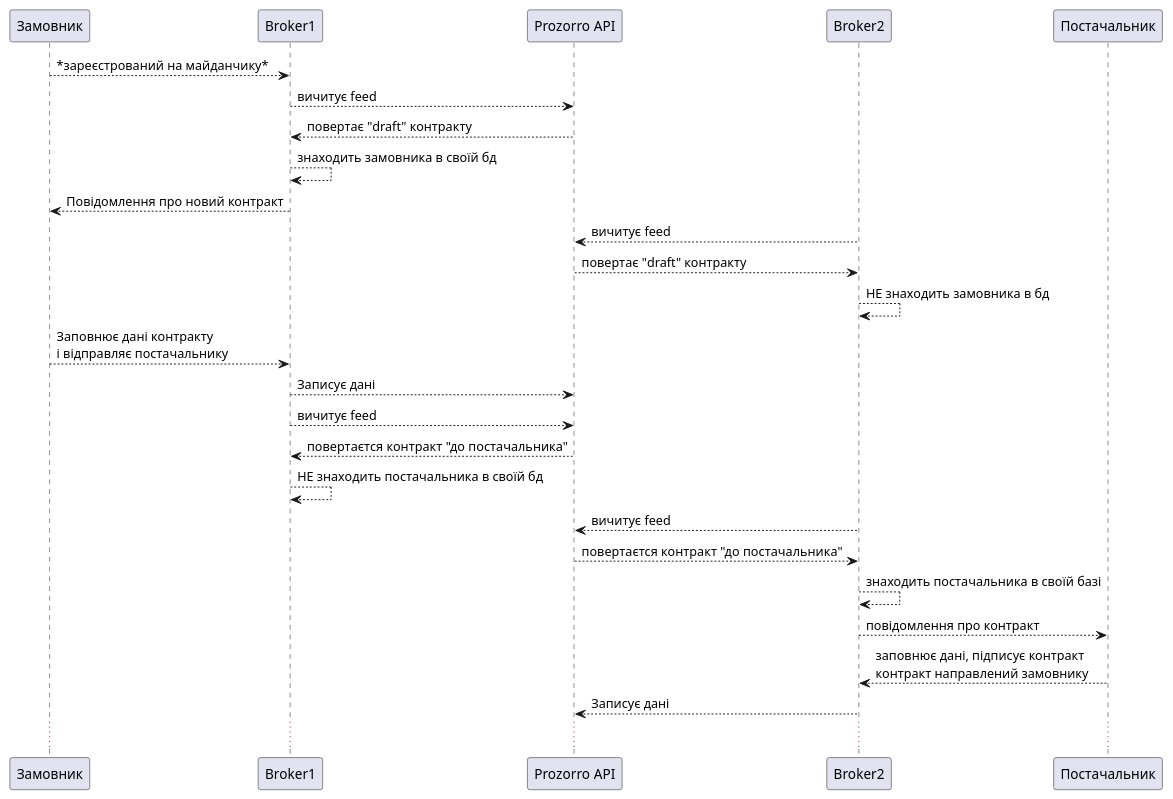
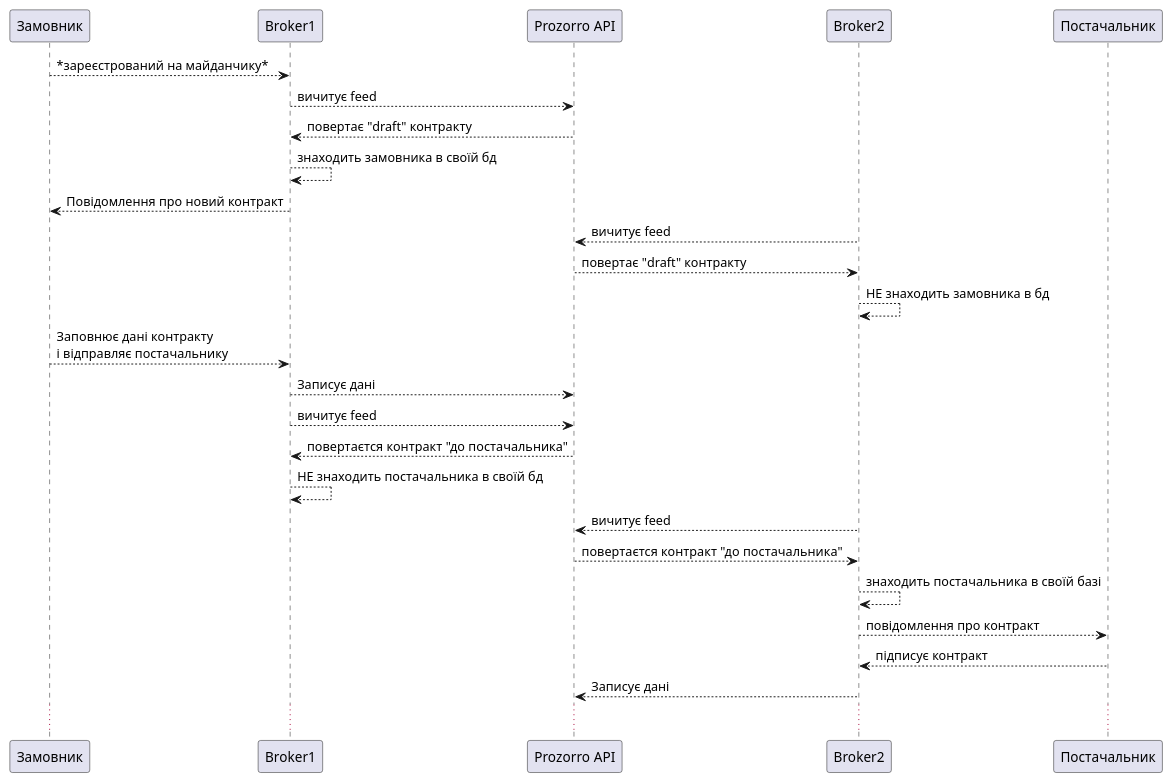
One commit to ProzorroUKR/openprocurement.api changed the diagram in docs/source/development/diagrams/e_contract_signing/sequence.puml. Above: the diagram before and after it, drawn with PlantUML. The commit also changed 5 other files, not shown here.

```diff
--- a/docs/source/development/diagrams/e_contract_signing/sequence.puml
+++ b/docs/source/development/diagrams/e_contract_signing/sequence.puml
@@ -1,34 +1,33 @@
 @startuml
 
 Замовник --> Broker1: *зареєстрований на майданчику*
 
 Broker1 --> "Prozorro API" as  API: вичитує feed
 Broker1 <-- API: повертає "draft" контракту
 Broker1 --> Broker1: знаходить замовника в своїй бд
 Broker1 ---> Замовник: Повідомлення про новий контракт
 
 Broker2 --> "Prozorro API" as  API: вичитує feed
 Broker2 <-- API: повертає "draft" контракту
 Broker2 --> Broker2: НЕ знаходить замовника в бд
 
 
 Broker1 <--- Замовник: Заповнює дані контракту \n\
 і відправляє постачальнику
 Broker1 --> API: Записує дані
 
 Broker1 --> "Prozorro API" as  API: вичитує feed
 Broker1 <-- API: повертаєтся контракт "до постачальника"
 Broker1 --> Broker1: НЕ знаходить постачальника в своїй бд
 
 Broker2 --> "Prozorro API" as  API: вичитує feed
 Broker2 <-- API: повертаєтся контракт "до постачальника"
 Broker2 --> Broker2: знаходить постачальника в своїй базі
 
 Broker2 --> Постачальник: повідомлення про контракт
-Broker2 <-- Постачальник: заповнює дані, підписує контракт\n\
-контракт направлений замовнику
+Broker2 <-- Постачальник:  підписує контракт
 Broker2 --> API: Записує дані
 
 ...
 
 @enduml
```
